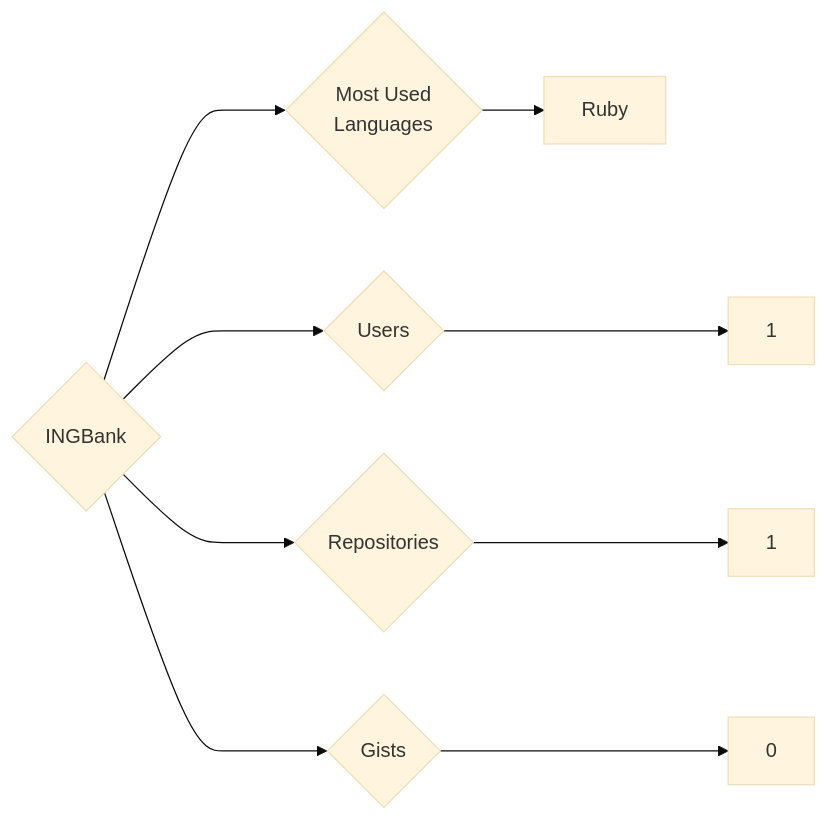
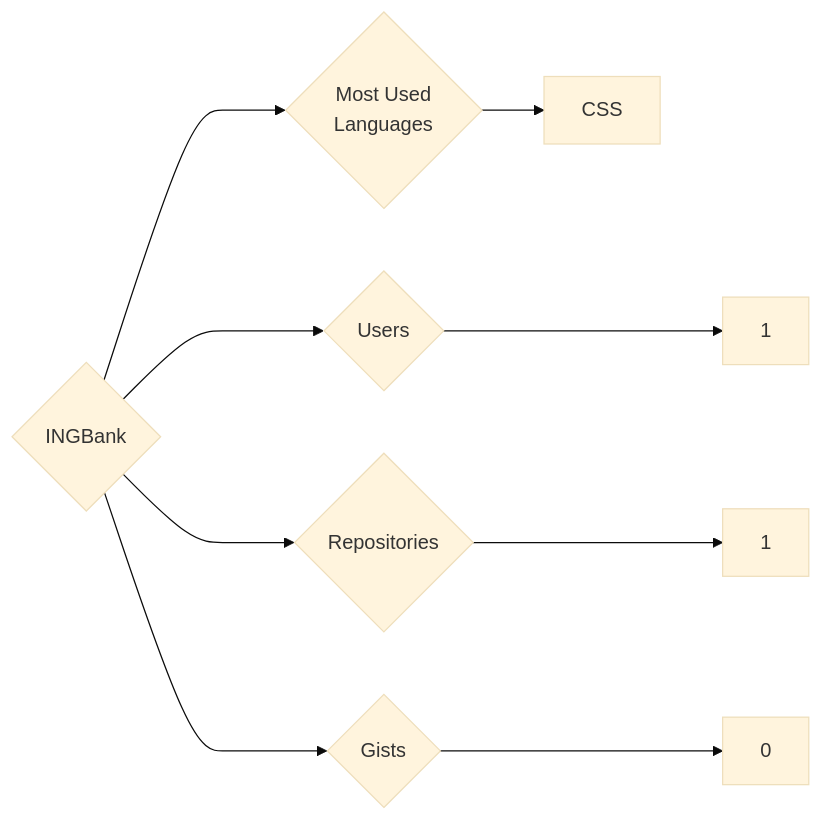
Before and after one commit to trickest/insiders: the diagram in targets/INGBank/README.md, drawn with Mermaid (base theme). The commit also changed 861 other files, not shown here.

````diff
--- a/targets/INGBank/README.md
+++ b/targets/INGBank/README.md
@@ -3,9 +3,9 @@
 ```mermaid
 graph LR
 COMPANY_NAME{INGBank}
 COMPANY_NAME ---> U{Users} ---> UN[1]
 COMPANY_NAME ---> R{Repositories} ---> RN[1]
 COMPANY_NAME ---> G{Gists} ---> GN[0]
 COMPANY_NAME ---> ML{Most Used<br>Languages}
-ML --> Ruby[Ruby]
+ML --> CSS[CSS]
 ```
````
